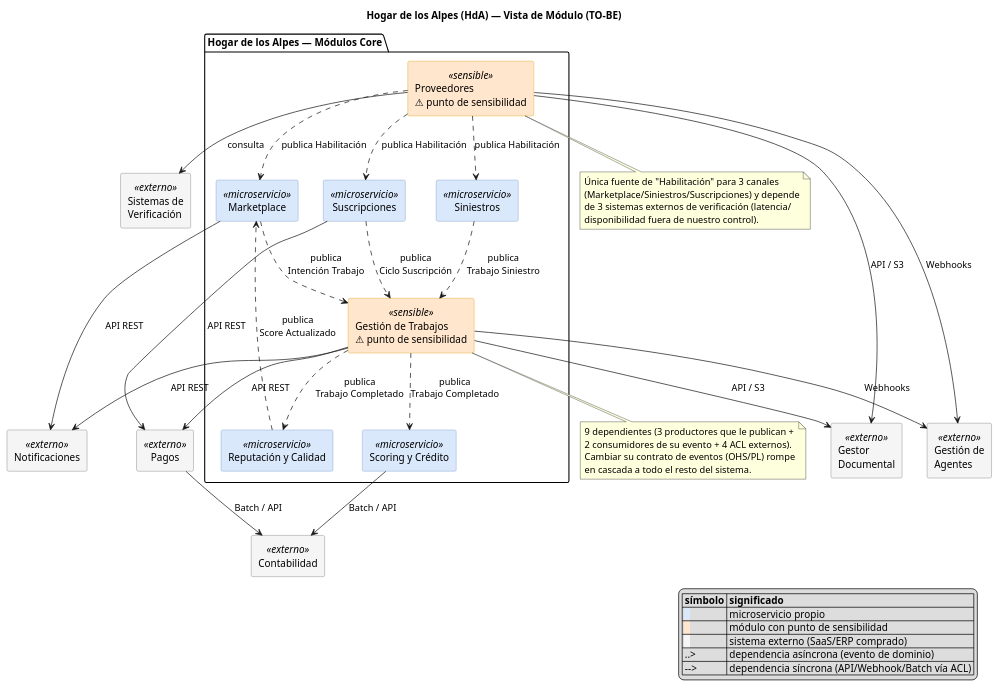
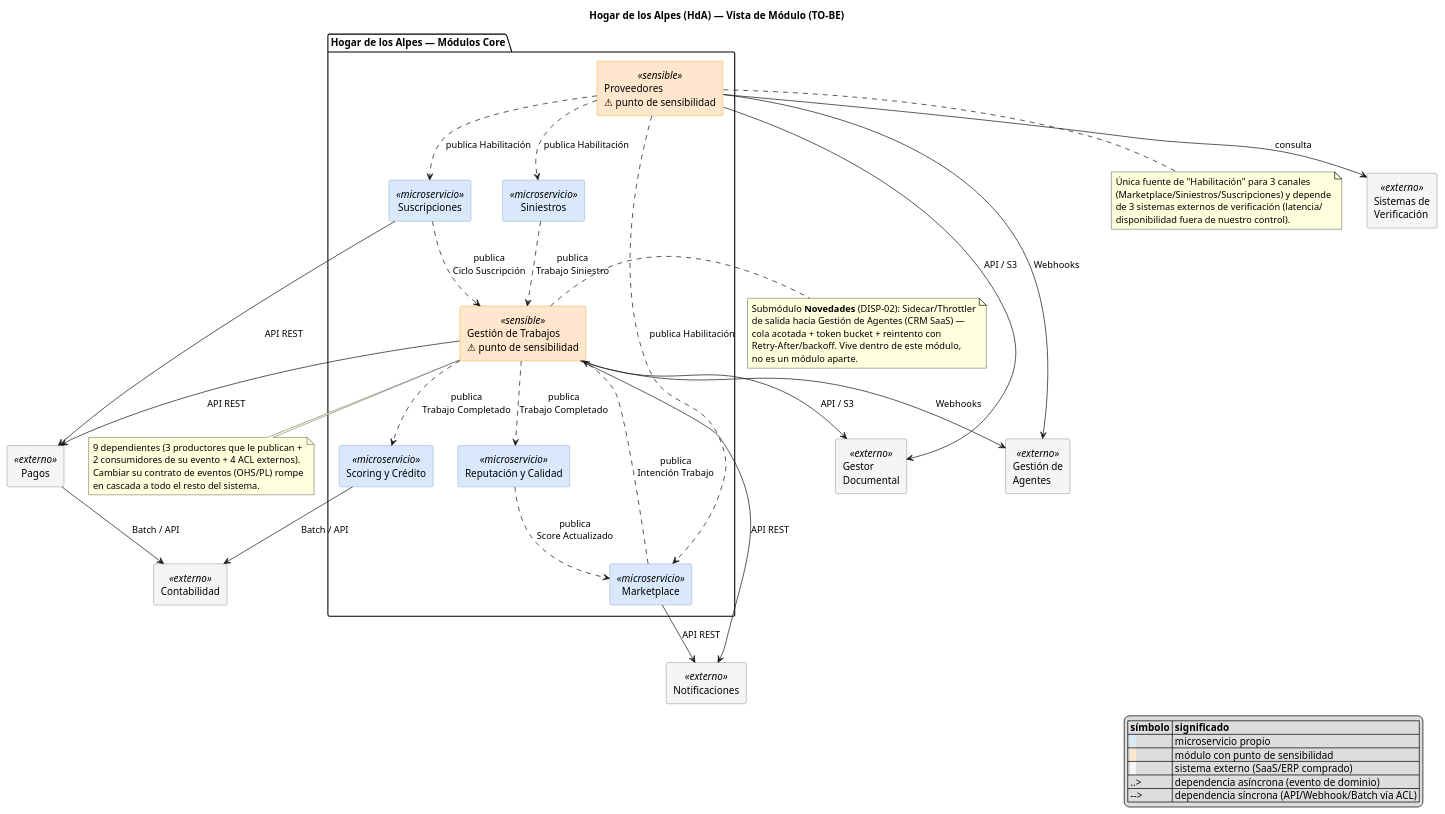
One commit to ftaboadar/HDA changed the diagram in experimento-arquitectura/contexto/05-vista-modulo.puml. Above: the diagram before and after it, drawn with PlantUML. The commit also changed 13 other files, not shown here.

```diff
--- a/experimento-arquitectura/contexto/05-vista-modulo.puml
+++ b/experimento-arquitectura/contexto/05-vista-modulo.puml
@@ -1,94 +1,102 @@
 @startuml 05-vista-modulo
 
 ' Hogar de los Alpes (HdA) - Vista de Módulo (TO-BE)
 ' Diseño táctico - Diagrama de Módulo (vista funcional / estructural-estática)
 '
 ' A diferencia del diagrama de Contexto (que muestra actores + límite del sistema),
 ' aquí se muestra SOLO la estructura interna: los módulos/servicios, sus dependencias
 ' estáticas (quién depende del contrato/evento de quién) y hacia qué sistemas externos
 ' dependen vía ACL. No se incluyen actores humanos ni Partners B2B2C: esos son parte
 ' de la vista de Contexto, no de la estructura del sistema.
 '
 ' Convención ad-hoc (microservicios):
 '   flecha punteada  = dependencia asíncrona por evento de dominio (OHS/PL)
 '   flecha sólida    = dependencia síncrona / ACL hacia sistema externo (API, Webhook, Batch)
 '   la flecha apunta del productor/proveedor del contrato hacia el consumidor/dependiente
 '   (mismo sentido usado en 03-contextos-acotados-TO-BE.cml)
 
 skinparam componentStyle rectangle
 skinparam component {
   BackgroundColor<<microservicio>> #DAE8FC
   BorderColor<<microservicio>> #6C8EBF
   BackgroundColor<<sensible>> #FFE6CC
   BorderColor<<sensible>> #D79B00
   BackgroundColor<<externo>> #F5F5F5
   BorderColor<<externo>> #666666
 }
 
 title Hogar de los Alpes (HdA) — Vista de Módulo (TO-BE)
 
 package "Hogar de los Alpes — Módulos Core" {
   component "Marketplace" as MKT <<microservicio>>
   component "Siniestros" as SIN <<microservicio>>
   component "Suscripciones" as SUS <<microservicio>>
   component "Reputación y Calidad" as REP <<microservicio>>
   component "Scoring y Crédito" as SCR <<microservicio>>
   component "Gestión de Trabajos\n⚠ punto de sensibilidad" as GT <<sensible>>
   component "Proveedores\n⚠ punto de sensibilidad" as PRV <<sensible>>
 }
 
 component "Sistemas de\nVerificación" as VER <<externo>>
 component "Notificaciones" as NOT <<externo>>
 component "Gestor\nDocumental" as DOC <<externo>>
 component "Pagos" as PAG <<externo>>
 component "Contabilidad" as CONT <<externo>>
 component "Gestión de\nAgentes" as AGT <<externo>>
 
 ' --- Dependencias por evento de dominio (async) ---
 MKT ..> GT : publica\nIntención Trabajo
 SIN ..> GT : publica\nTrabajo Siniestro
 SUS ..> GT : publica\nCiclo Suscripción
 PRV ..> MKT : publica Habilitación
 PRV ..> SIN : publica Habilitación
 PRV ..> SUS : publica Habilitación
 GT ..> REP : publica\nTrabajo Completado
 GT ..> SCR : publica\nTrabajo Completado
 REP ..> MKT : publica\nScore Actualizado
 
 ' --- Dependencias síncronas / ACL hacia sistemas externos ---
 PRV --> VER : consulta
 GT --> NOT : API REST
 MKT --> NOT : API REST
 GT --> DOC : API / S3
 PRV --> DOC : API / S3
 GT --> AGT : Webhooks
 PRV --> AGT : Webhooks
 GT --> PAG : API REST
 SUS --> PAG : API REST
 PAG --> CONT : Batch / API
 SCR --> CONT : Batch / API
 
+note right of GT
+  Submódulo **Novedades** (DISP-02): Sidecar/Throttler
+  de salida hacia Gestión de Agentes (CRM SaaS) —
+  cola acotada + token bucket + reintento con
+  Retry-After/backoff. Vive dentro de este módulo,
+  no es un módulo aparte.
+end note
+
 note bottom of GT
   9 dependientes (3 productores que le publican +
   2 consumidores de su evento + 4 ACL externos).
   Cambiar su contrato de eventos (OHS/PL) rompe
   en cascada a todo el resto del sistema.
 end note
 
 note bottom of PRV
   Única fuente de "Habilitación" para 3 canales
   (Marketplace/Siniestros/Suscripciones) y depende
   de 3 sistemas externos de verificación (latencia/
   disponibilidad fuera de nuestro control).
 end note
 
 legend right
   |= símbolo |= significado |
   | <back:#DAE8FC>  </back> | microservicio propio |
   | <back:#FFE6CC>  </back> | módulo con punto de sensibilidad |
   | <back:#F5F5F5>  </back> | sistema externo (SaaS/ERP comprado) |
   | ..> | dependencia asíncrona (evento de dominio) |
   | --> | dependencia síncrona (API/Webhook/Batch vía ACL) |
 endlegend
 
 @enduml
```
